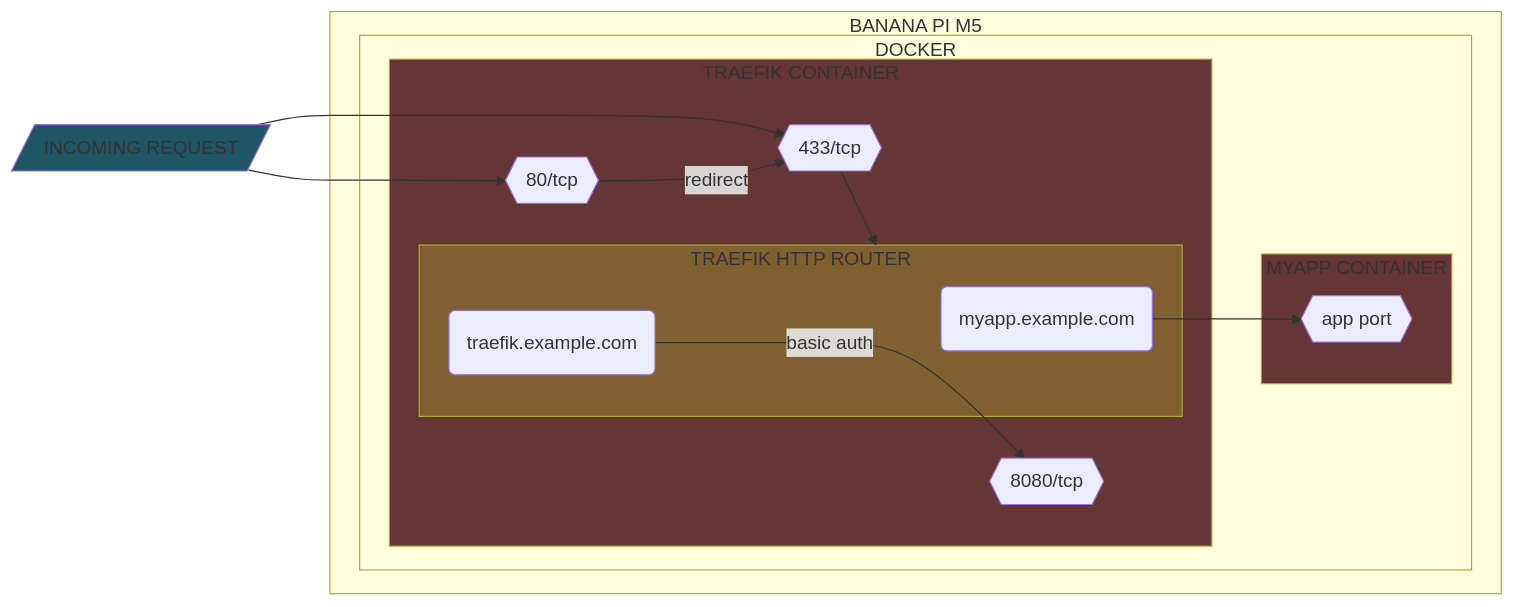
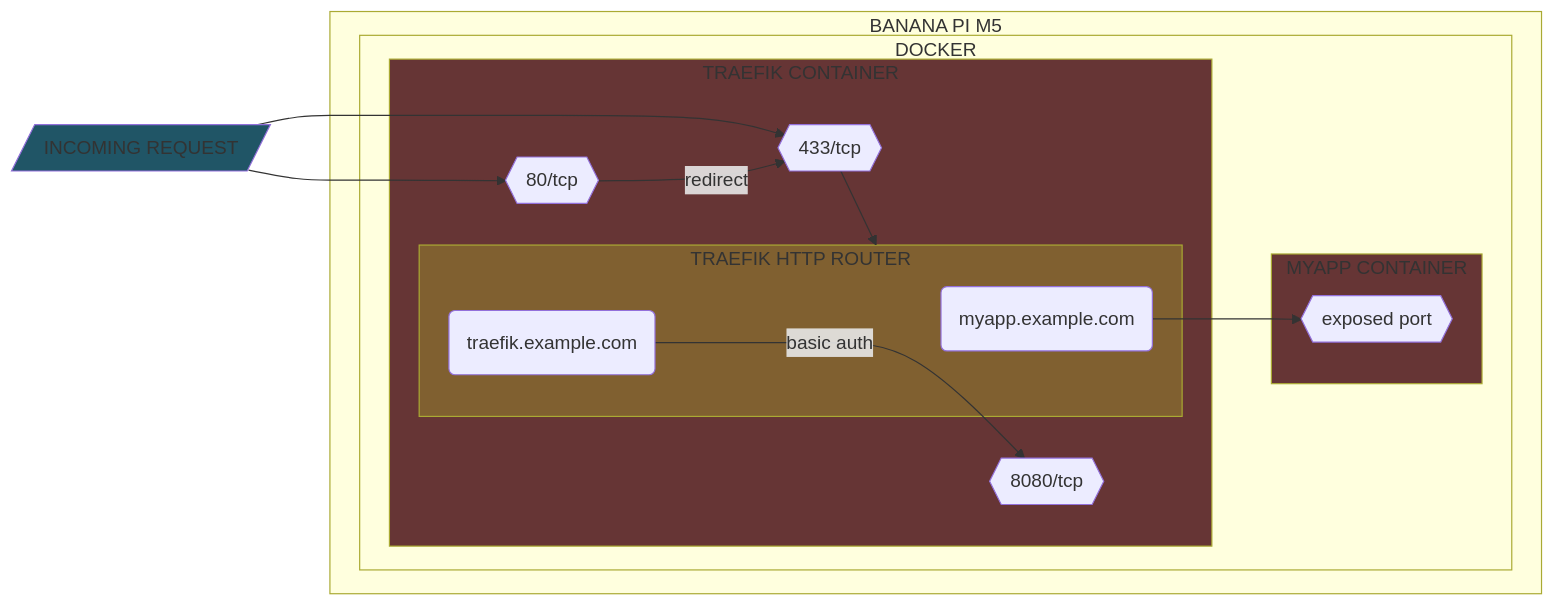
Before and after one commit to Yann39/self-hosted: the third of 8 diagrams in README.md, drawn with Mermaid. The commit also changed other lines of this file and 3 other files, not shown here.

````diff
--- a/README.md
+++ b/README.md
@@ -711,38 +944,38 @@
 ```mermaid
 flowchart LR
     style INCOMING_REQUEST fill: #205566
     style TRAEFIK_CONTAINER fill: #663535
     style MYAPP_CONTAINER fill: #663535
     style TRAEFIK_ROUTER fill: #806030
     DOCKER_TRAEFIK_PORT443{{433/tcp}}
     DOCKER_TRAEFIK_PORT80{{80/tcp}}
-    DOCKER_MYAPP_PORT5000{{app port}}
+    DOCKER_MYAPP_PORT5000{{exposed port}}
     DOCKER_TRAEFIK_PORT8080{{8080/tcp}}
     TRAEFIK_ROUTER_MYAPP(myapp.example.com)
     TRAEFIK_ROUTER_TRAEFIK(traefik.example.com)
     INCOMING_REQUEST[/INCOMING REQUEST/]
     INCOMING_REQUEST --> DOCKER_TRAEFIK_PORT443
     INCOMING_REQUEST --> DOCKER_TRAEFIK_PORT80
 
     subgraph SINGLE_BOARD_COMPUTER[BANANA PI M5]
         subgraph CONTAINER_ENGINE[DOCKER]
             subgraph MYAPP_CONTAINER[MYAPP CONTAINER]
                 DOCKER_MYAPP_PORT5000
             end
 
             subgraph TRAEFIK_CONTAINER[TRAEFIK CONTAINER]
                 DOCKER_TRAEFIK_PORT443 --> TRAEFIK_ROUTER
                 DOCKER_TRAEFIK_PORT80 -->|redirect| DOCKER_TRAEFIK_PORT443
 
                 subgraph TRAEFIK_ROUTER[TRAEFIK HTTP ROUTER]
                     TRAEFIK_ROUTER_MYAPP
                     TRAEFIK_ROUTER_TRAEFIK
                 end
 
                 TRAEFIK_ROUTER_TRAEFIK --->|basic auth| DOCKER_TRAEFIK_PORT8080
                 TRAEFIK_ROUTER_MYAPP --> DOCKER_MYAPP_PORT5000
             end
 
         end
     end
 ```
````
